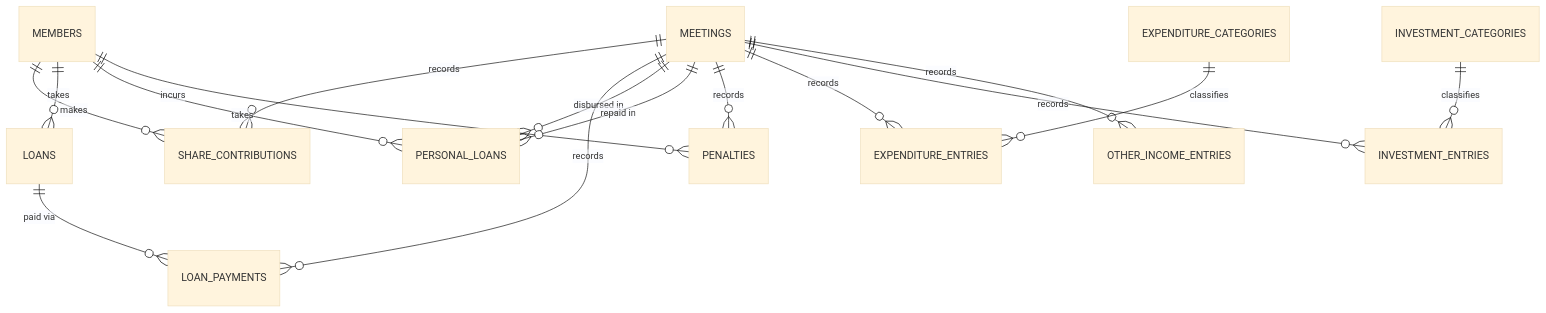
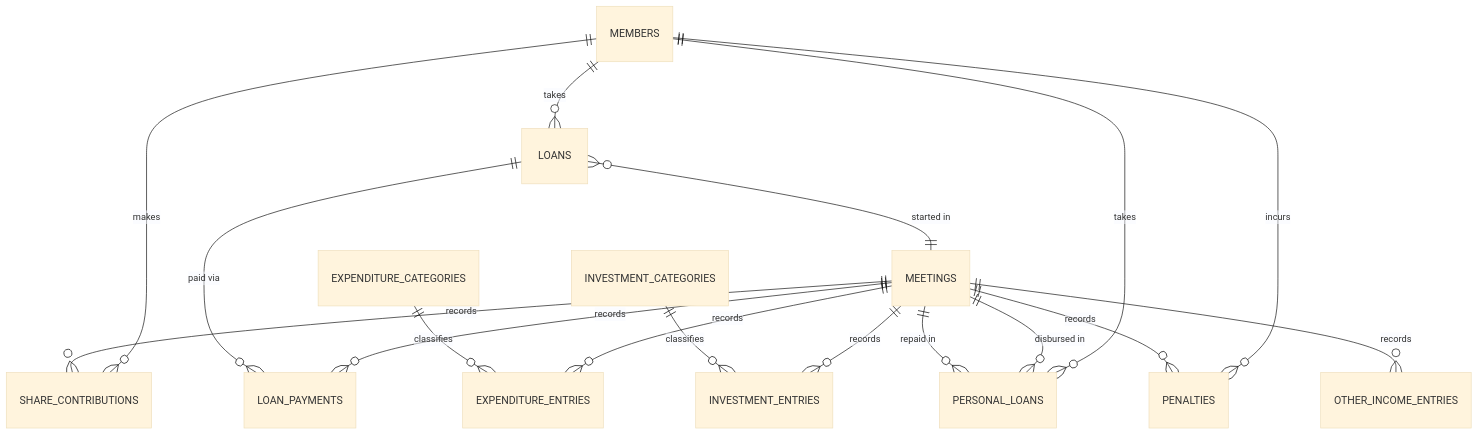
The diagram in MANDRAM-APP-FLOW.md (Gangatharannachimuthu/my-fullstack-app), drawn with Mermaid (base theme) before and after one commit. The commit also changed other lines of this file and 4 other files, not shown here.

````diff
--- a/MANDRAM-APP-FLOW.md
+++ b/MANDRAM-APP-FLOW.md
@@ -53,18 +62,19 @@
 ```mermaid
 erDiagram
     MEMBERS ||--o{ SHARE_CONTRIBUTIONS : makes
     MEMBERS ||--o{ LOANS : takes
     MEMBERS ||--o{ PERSONAL_LOANS : takes
     MEMBERS ||--o{ PENALTIES : incurs
     MEETINGS ||--o{ SHARE_CONTRIBUTIONS : records
     MEETINGS ||--o{ LOAN_PAYMENTS : records
     MEETINGS ||--o{ PERSONAL_LOANS : "disbursed in"
     MEETINGS ||--o{ PERSONAL_LOANS : "repaid in"
     MEETINGS ||--o{ PENALTIES : records
     MEETINGS ||--o{ EXPENDITURE_ENTRIES : records
     MEETINGS ||--o{ INVESTMENT_ENTRIES : records
     MEETINGS ||--o{ OTHER_INCOME_ENTRIES : records
     LOANS ||--o{ LOAN_PAYMENTS : "paid via"
+    LOANS }o--|| MEETINGS : "started in"
     EXPENDITURE_CATEGORIES ||--o{ EXPENDITURE_ENTRIES : classifies
     INVESTMENT_CATEGORIES ||--o{ INVESTMENT_ENTRIES : classifies
 ```
````
